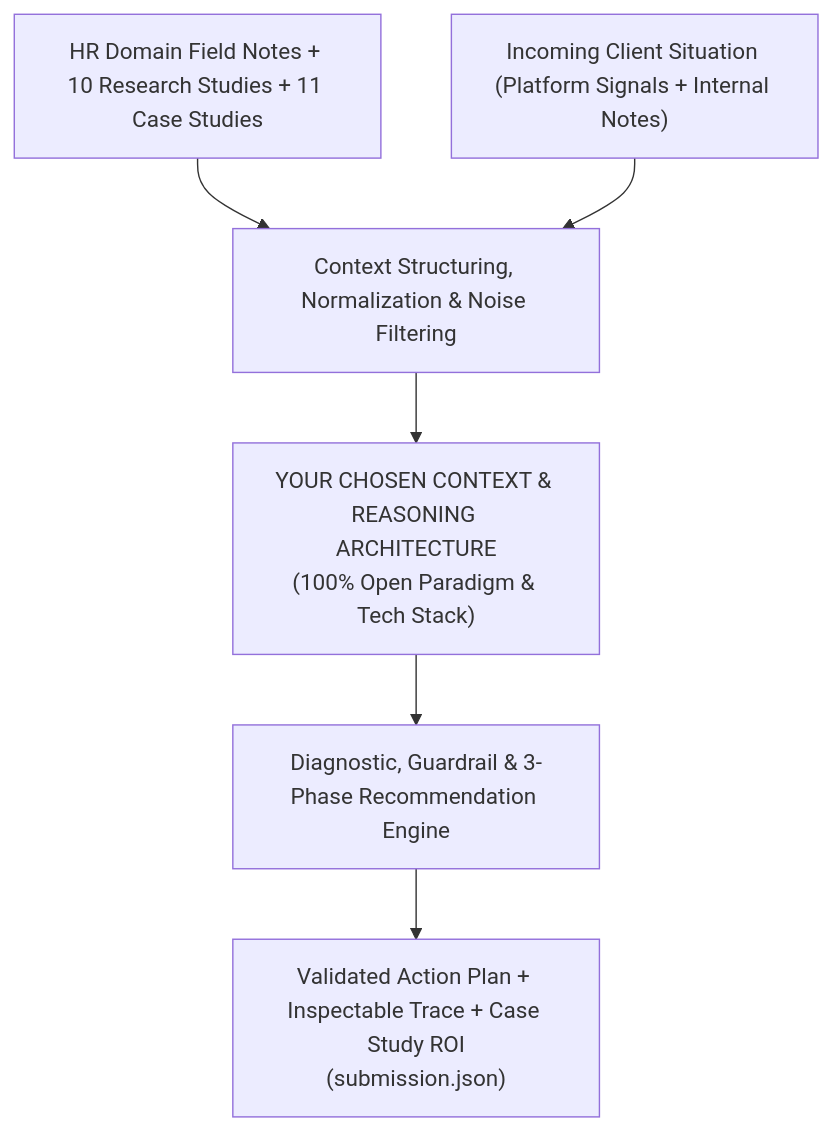
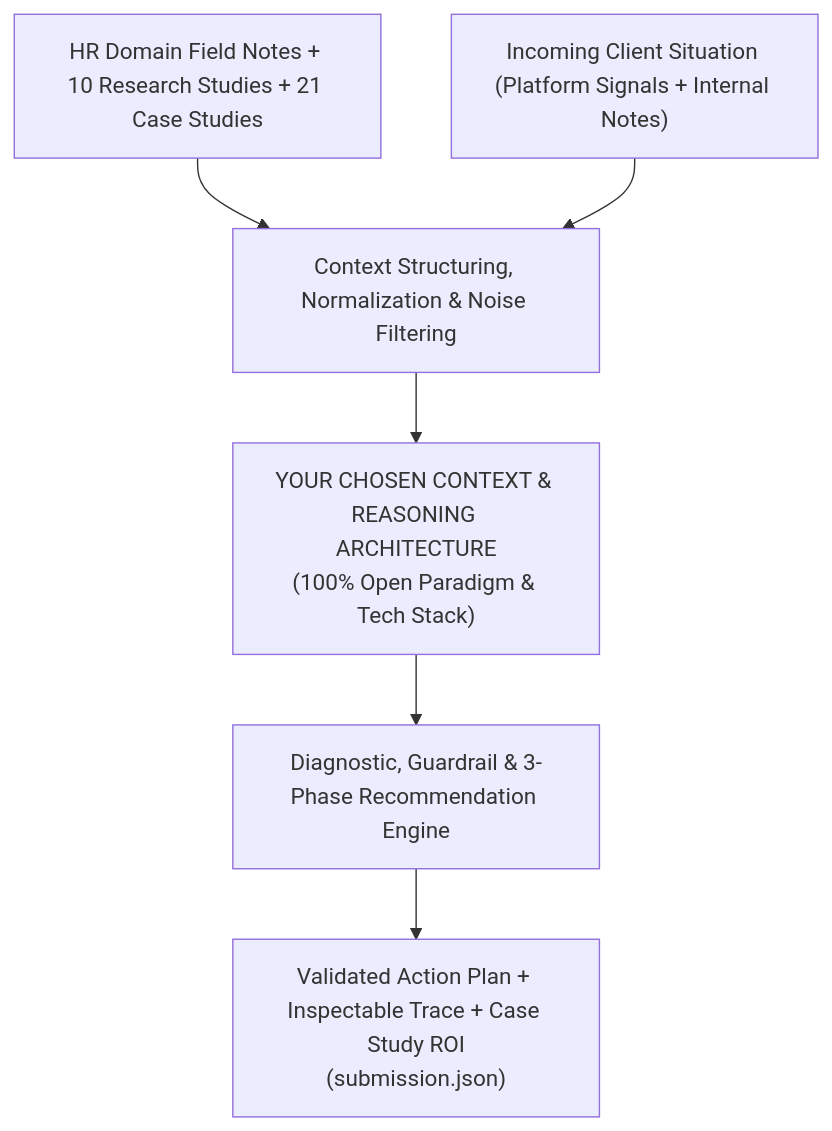
Before and after one commit to SyAndrey006/Ingaze-CF-Hackathon-2026-Team-11: the diagram in docs/CHALLENGE_BRIEF.md, drawn with Mermaid. The commit also changed other lines of this file and 7 other files, not shown here.

````diff
--- a/docs/CHALLENGE_BRIEF.md
+++ b/docs/CHALLENGE_BRIEF.md
@@ -61,8 +61,8 @@
 ```mermaid
 flowchart TB
-    RAW["HR Domain Field Notes + 10 Research Studies + 11 Case Studies"] --> ING["Context Structuring, Normalization & Noise Filtering"]
+    RAW["HR Domain Field Notes + 10 Research Studies + 21 Case Studies"] --> ING["Context Structuring, Normalization & Noise Filtering"]
     SIT["Incoming Client Situation (Platform Signals + Internal Notes)"] --> ING
     ING --> STRUCT["YOUR CHOSEN CONTEXT & REASONING ARCHITECTURE<br/>(100% Open Paradigm & Tech Stack)"]
     STRUCT --> ENG["Diagnostic, Guardrail & 3-Phase Recommendation Engine"]
     ENG --> OUT["Validated Action Plan + Inspectable Trace + Case Study ROI<br/>(submission.json)"]
 ```
````
